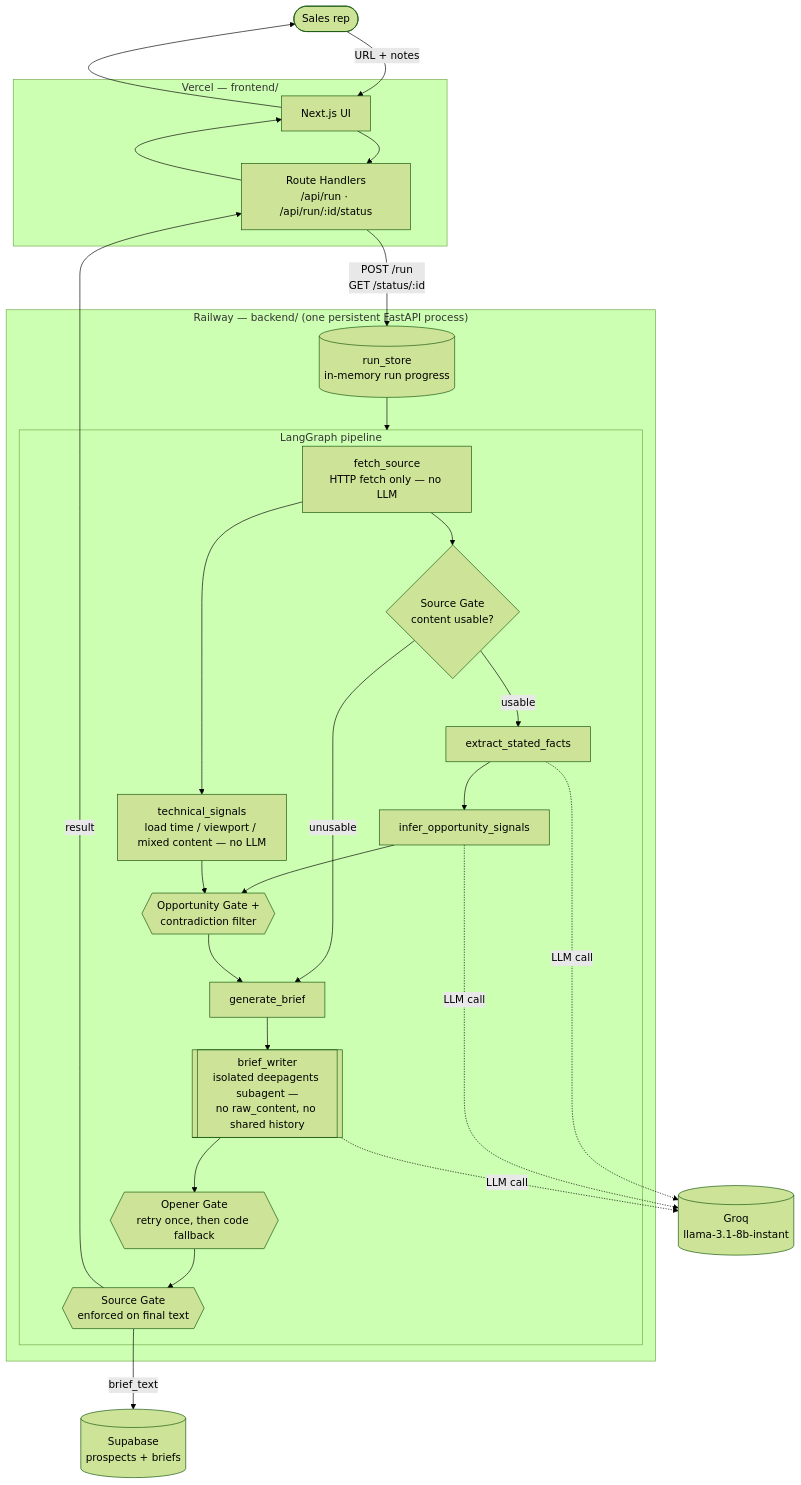
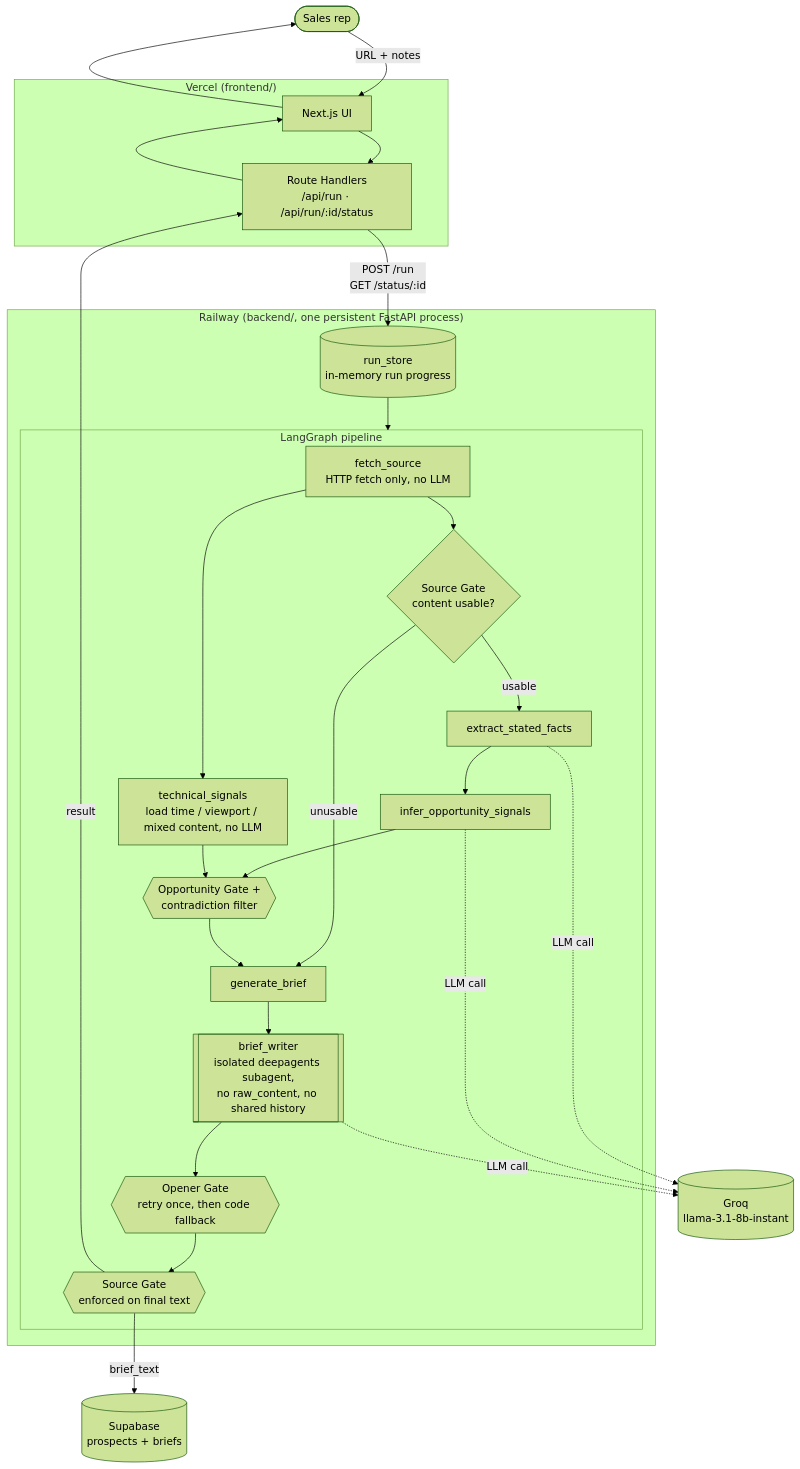
One commit to AlishbaTariq-atk/coldcallprep changed the diagram in README.md. Above: the diagram before and after it, drawn with Mermaid (forest theme). The commit also changed other lines of this file and 27 other files, not shown here.

````diff
--- a/README.md
+++ b/README.md
@@ -28,45 +28,45 @@
 ```mermaid
 flowchart TD
     Rep(["Sales rep"])
 
-    subgraph Vercel["Vercel — frontend/"]
+    subgraph Vercel["Vercel (frontend/)"]
         UI["Next.js UI"]
         Proxy["Route Handlers<br/>/api/run · /api/run/:id/status"]
     end
 
-    subgraph Railway["Railway — backend/ (one persistent FastAPI process)"]
+    subgraph Railway["Railway (backend/, one persistent FastAPI process)"]
         Store[("run_store<br/>in-memory run progress")]
 
         subgraph Pipeline["LangGraph pipeline"]
-            Fetch["fetch_source<br/>HTTP fetch only — no LLM"]
+            Fetch["fetch_source<br/>HTTP fetch only, no LLM"]
             Gate1{"Source Gate<br/>content usable?"}
             Extract["extract_stated_facts"]
             Infer["infer_opportunity_signals"]
             Gate2{{"Opportunity Gate +<br/>contradiction filter"}}
-            Tech["technical_signals<br/>load time / viewport / mixed content — no LLM"]
+            Tech["technical_signals<br/>load time / viewport / mixed content, no LLM"]
             Generate["generate_brief"]
-            Sub[["brief_writer<br/>isolated deepagents subagent —<br/>no raw_content, no shared history"]]
+            Sub[["brief_writer<br/>isolated deepagents subagent,<br/>no raw_content, no shared history"]]
             Gate3{{"Opener Gate<br/>retry once, then code fallback"}}
             Gate4{{"Source Gate<br/>enforced on final text"}}
 
             Fetch --> Gate1
             Gate1 -->|usable| Extract --> Infer --> Gate2
             Gate1 -->|unusable| Generate
             Fetch --> Tech --> Gate2
             Gate2 --> Generate --> Sub --> Gate3 --> Gate4
         end
     end
 
     Groq[("Groq<br/>llama-3.1-8b-instant")]
     Supabase[("Supabase<br/>prospects + briefs")]
 
     Rep -->|"URL + notes"| UI --> Proxy
     Proxy -->|"POST /run<br/>GET /status/:id"| Store
     Store --> Pipeline
     Extract -.->|LLM call| Groq
     Infer -.->|LLM call| Groq
     Sub -.->|LLM call| Groq
     Gate4 -->|"brief_text"| Supabase
     Gate4 -->|result| Proxy
     Proxy --> UI --> Rep
 ```
````
